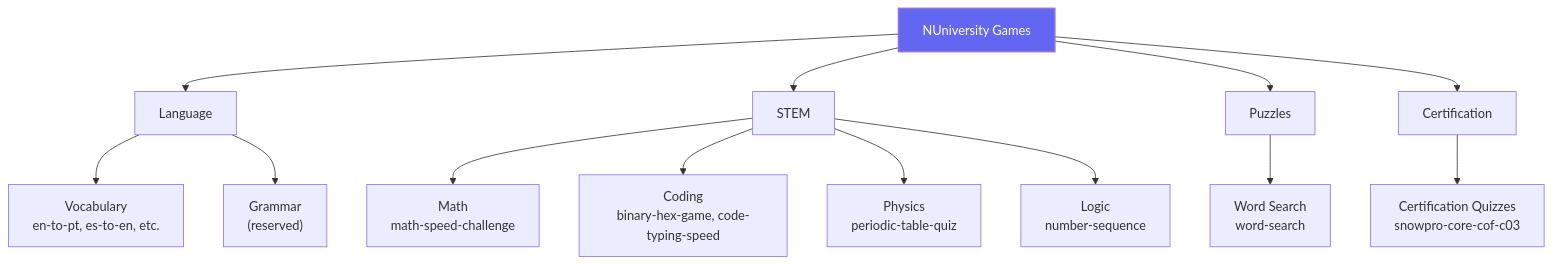
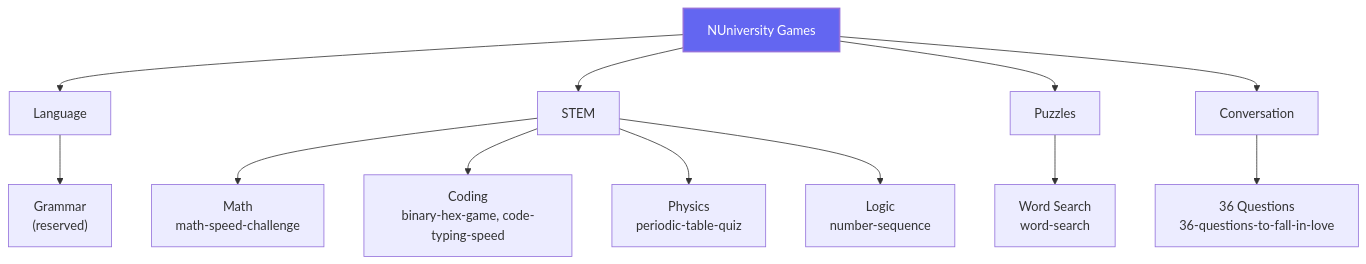
One commit to nuniversity/nuniversity.github.io changed the second of 3 diagrams in docs/features/GAMES.md. Above: the diagram before and after it, drawn with Mermaid. The commit also changed other lines of this file and 70 other files, not shown here.

````diff
--- a/docs/features/GAMES.md
+++ b/docs/features/GAMES.md
@@ -84,22 +85,21 @@
 ```mermaid
 flowchart TD
     Games["NUniversity Games"]
     Games --> VL["Language"]
     Games --> STEM["STEM"]
     Games --> PUZ["Puzzles"]
-    Games --> CERT["Certification"]
+    Games --> CONV["Conversation"]
 
-    VL --> VOC["Vocabulary<br/>en-to-pt, es-to-en, etc."]
     VL --> GRAM["Grammar<br/>(reserved)"]
 
     STEM --> MATH["Math<br/>math-speed-challenge"]
     STEM --> CODE["Coding<br/>binary-hex-game, code-typing-speed"]
     STEM --> PHYS["Physics<br/>periodic-table-quiz"]
     STEM --> LOG["Logic<br/>number-sequence"]
 
     PUZ --> WS["Word Search<br/>word-search"]
 
-    CERT --> QUIZ["Certification Quizzes<br/>snowpro-core-cof-c03"]
+    CONV --> Q36["36 Questions<br/>36-questions-to-fall-in-love"]
 
     style Games fill:#6366f1,color:#fff,stroke-width:2px
 ```
````
